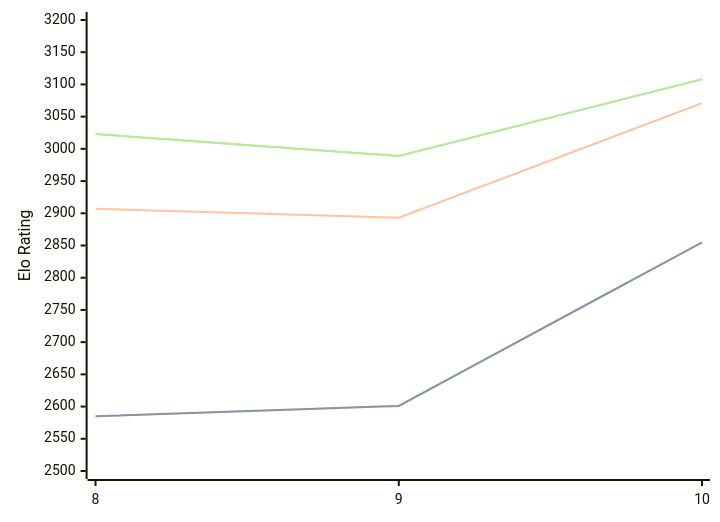
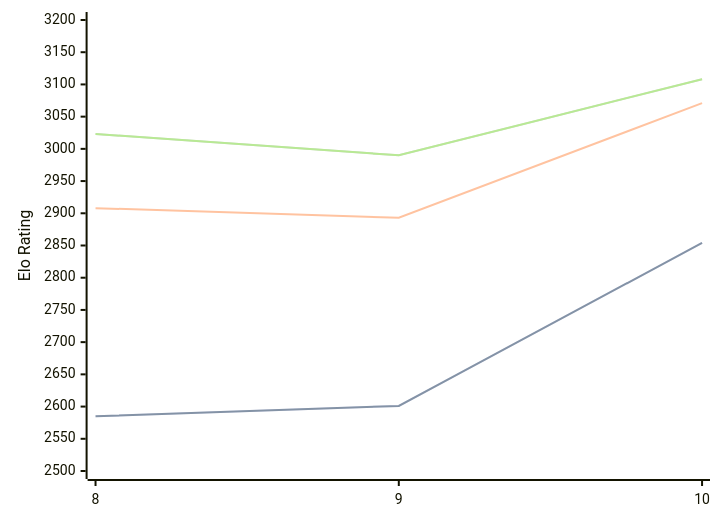
Before and after one commit to computer-chess-index/cci: the third of 3 diagrams in engines/Lozza.md, drawn with Mermaid. The commit also changed other lines of this file, not shown here.

Commit message:
Update CCI Ratings (ELO VLTC) - 2026-07-12

````diff
--- a/engines/Lozza.md
+++ b/engines/Lozza.md
@@ -74,11 +74,11 @@
 ```mermaid
 %%{init: {"theme":"base","themeVariables":{"seriesColors:['#a3a3a3','#222221','#faa371']}}}%%
 xychart-beta
   x-axis ["8", "9", "10"]
   y-axis "Elo Rating" 2500 --> 3200
-  line "STC (8.0+0.08s)" [2585, 2601, 2855]
-  line "STC (8.0+0.08s)" [2585, 2601, 2855]
-  line "LTC (60.0+0.60s)" [2907, 2893, 3071]
-  line "VLTC (2m24s+1.12s)" [3023, 2989, 3108]
-  line "VLTC (2m24s+1.12s)" [3023, 2989, 3108]
+  line "STC (8.0+0.08s)" [2585, 2601, 2854]
+  line "STC (8.0+0.08s)" [2585, 2601, 2854]
+  line "LTC (60.0+0.60s)" [2908, 2893, 3071]
+  line "VLTC (2m24s+1.12s)" [3023, 2990, 3108]
+  line "VLTC (2m24s+1.12s)" [3023, 2990, 3108]
 ```
````
